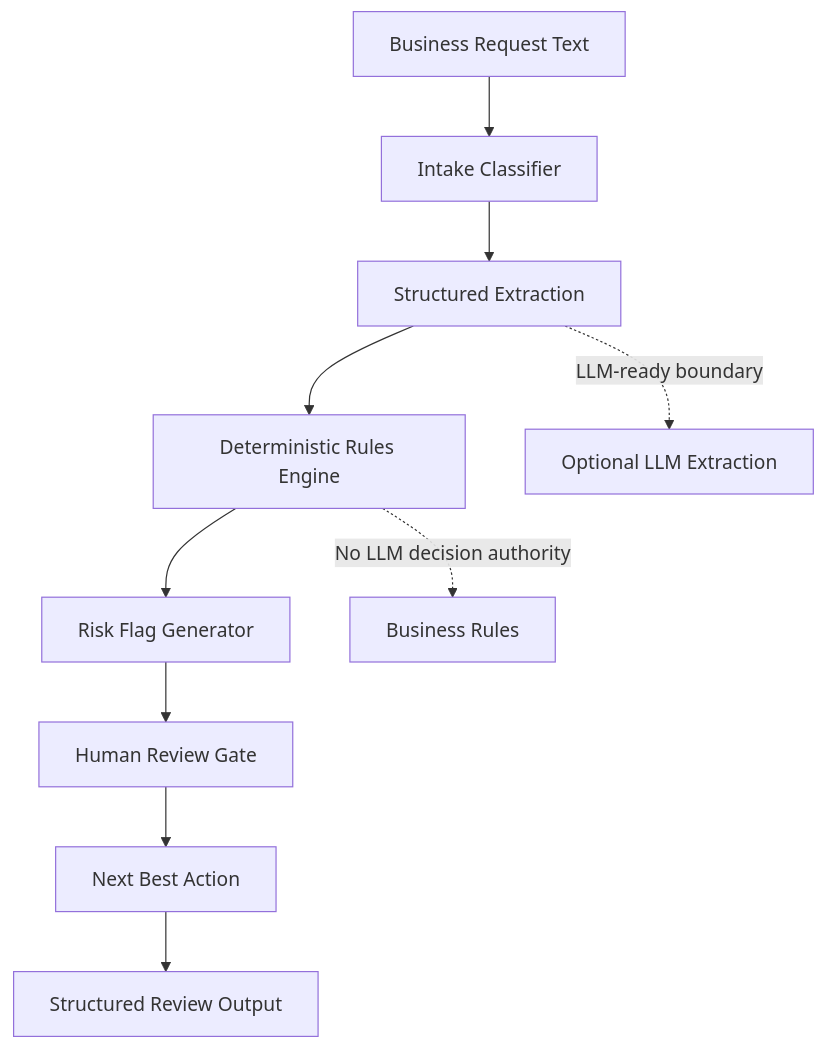
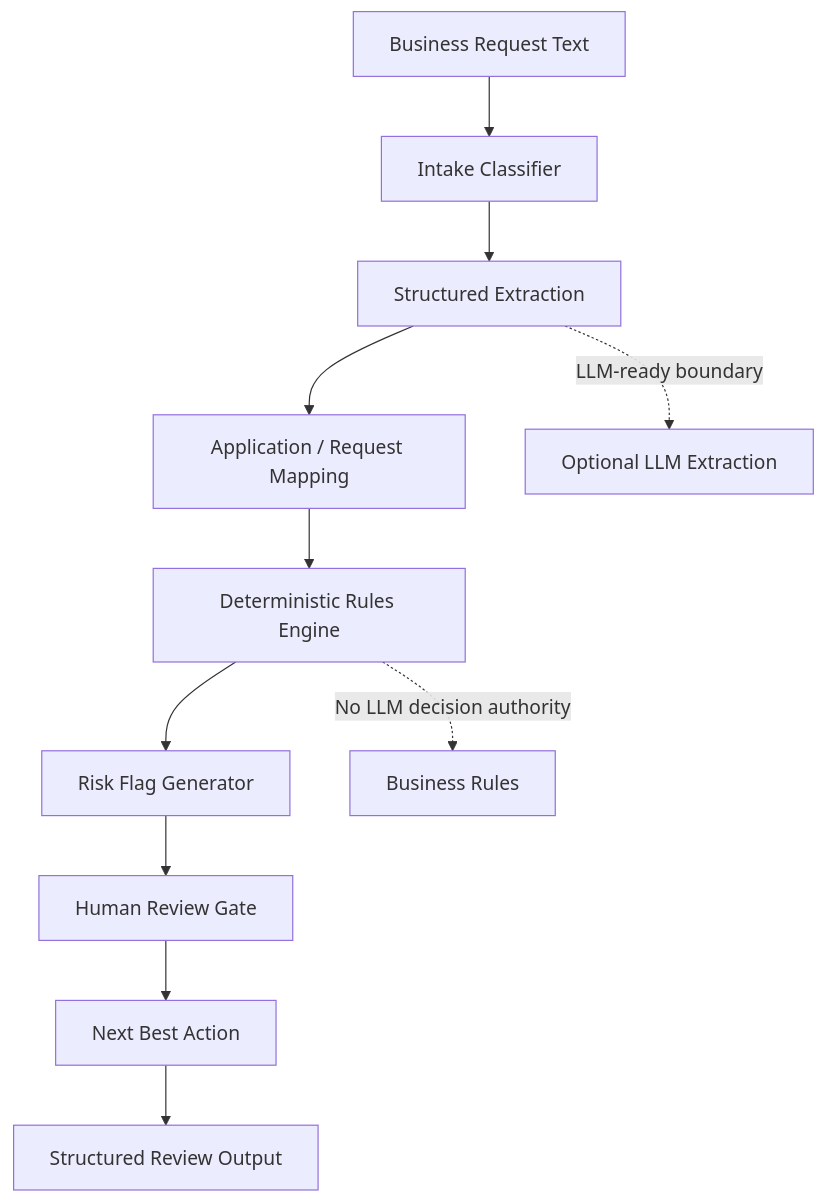
One commit to Tondie-HSPI/business-review-ai-orchestration changed the diagram in README.md. Above: the diagram before and after it, drawn with Mermaid. The commit also changed other lines of this file and 11 other files, not shown here.

````diff
--- a/README.md
+++ b/README.md
@@ -38,13 +53,14 @@
 ```mermaid
 flowchart TD
     A["Business Request Text"] --> B["Intake Classifier"]
     B --> C["Structured Extraction"]
-    C --> D["Deterministic Rules Engine"]
-    D --> E["Risk Flag Generator"]
-    E --> F["Human Review Gate"]
-    F --> G["Next Best Action"]
-    G --> H["Structured Review Output"]
+    C --> D["Application / Request Mapping"]
+    D --> E["Deterministic Rules Engine"]
+    E --> F["Risk Flag Generator"]
+    F --> G["Human Review Gate"]
+    G --> H["Next Best Action"]
+    H --> I["Structured Review Output"]
 
     C -. "LLM-ready boundary" .-> C1["Optional LLM Extraction"]
-    D -. "No LLM decision authority" .-> D1["Business Rules"]
+    E -. "No LLM decision authority" .-> E1["Business Rules"]
 ```
````
